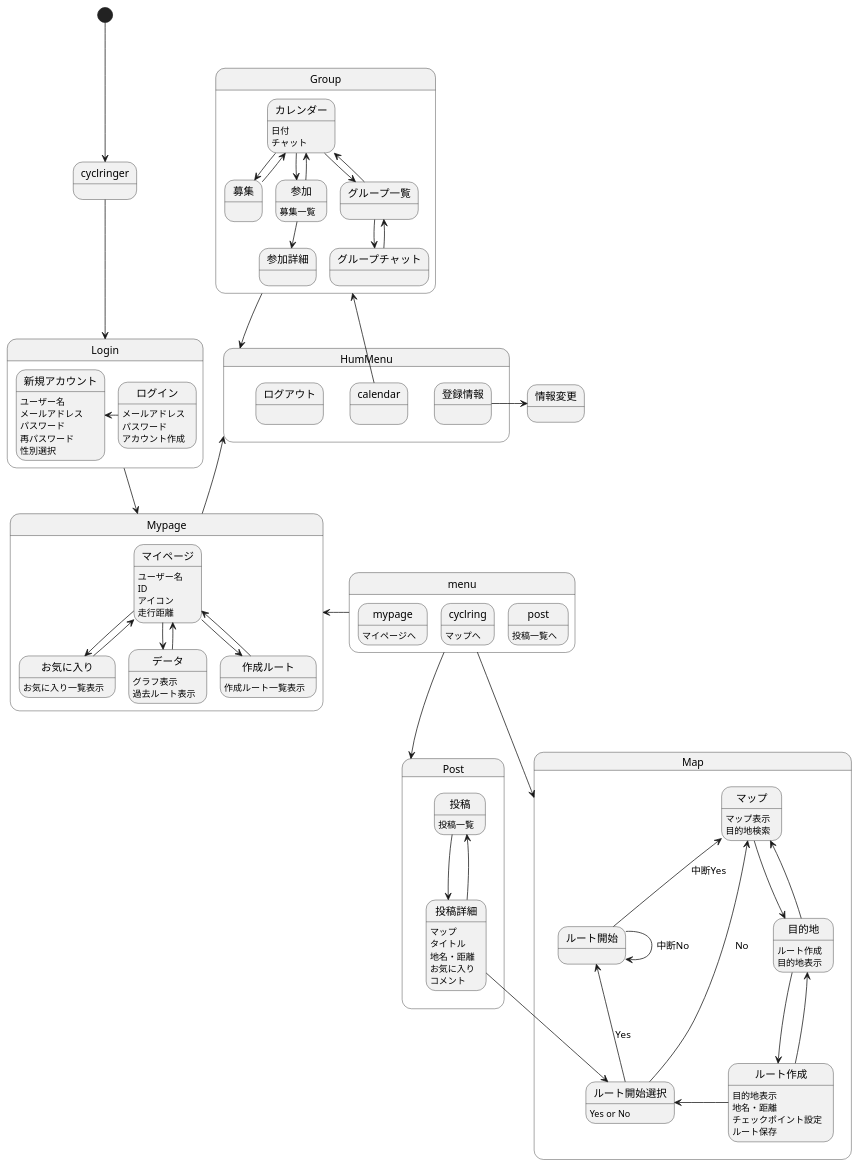
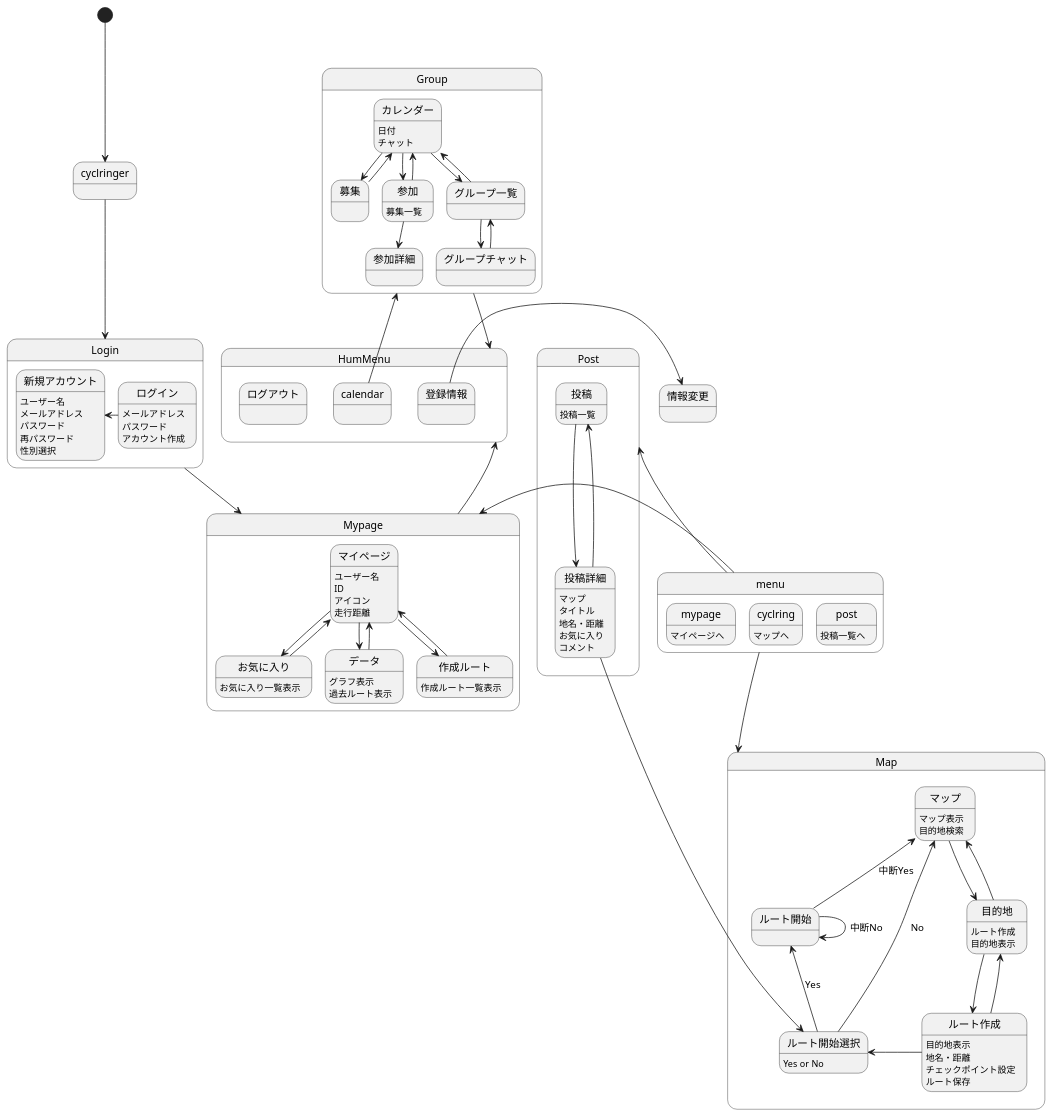
Before and after one commit to AsoSD3A3/CyclingSystem: the diagram in 画面遷移図/gm.md, drawn with PlantUML.

```diff
--- a/画面遷移図/gm.md
+++ b/画面遷移図/gm.md
@@ -38,7 +38,7 @@
 
 menu-left->Mypage
 menu-down->Map
-menu-right->Post
+menu-up->Post
 
 cyclringer-down->Login
 state Login{
@@ -101,7 +101,7 @@
 state Post{
 
 投稿:投稿一覧
-投稿-down->投稿詳細
+投稿-right->投稿詳細
 投稿詳細-->投稿
 投稿詳細:マップ
 投稿詳細:タイトル
```
